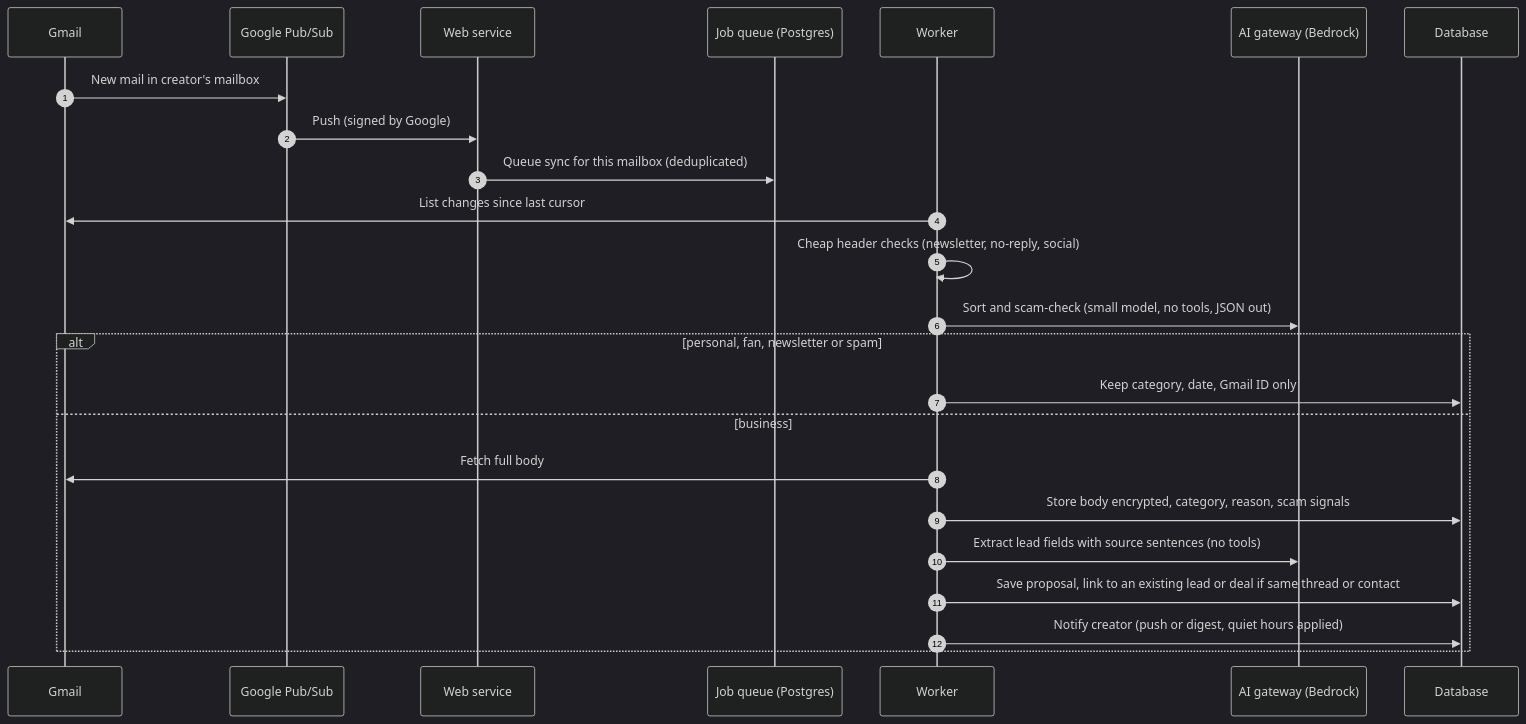
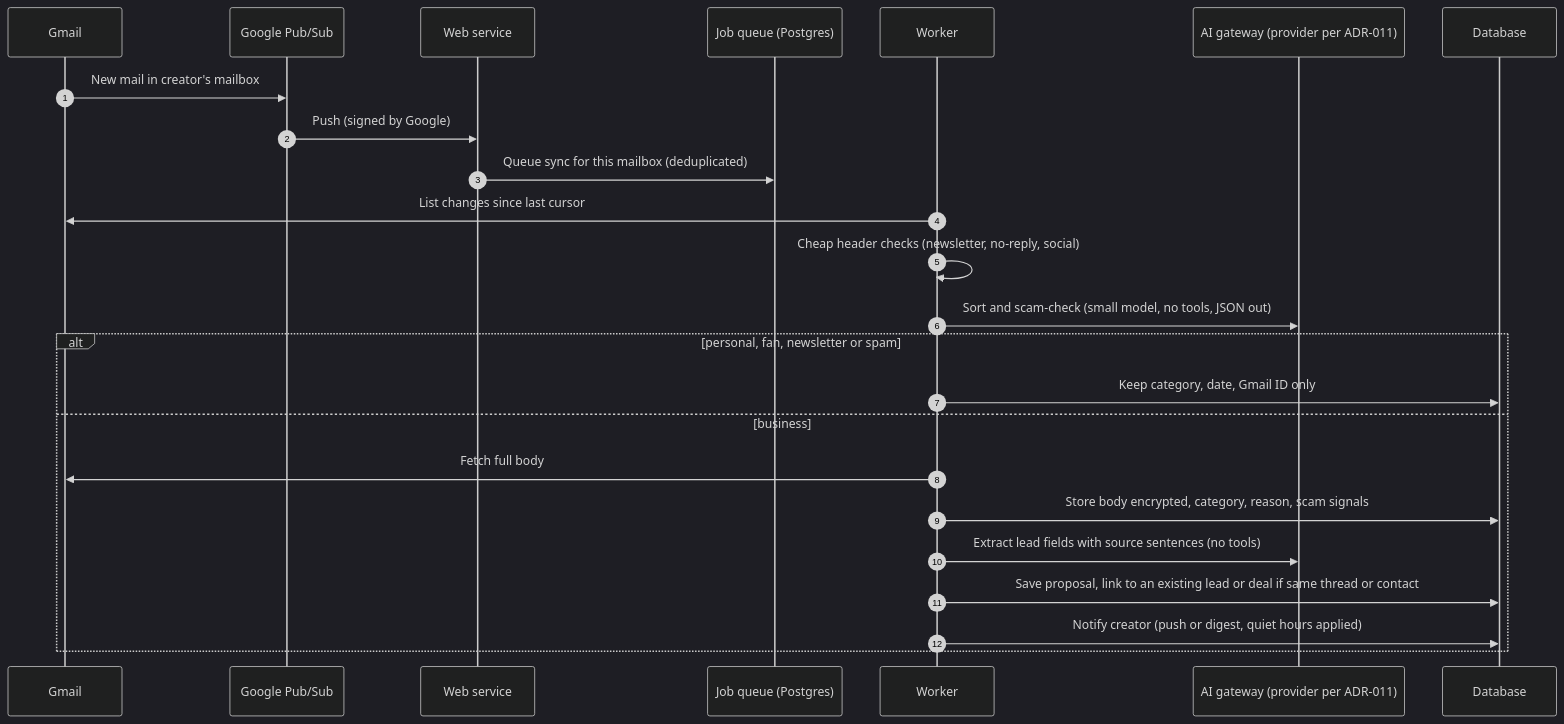
Before and after one commit to Reeju/backstage-hq: the eighth of 9 diagrams in docs/03-architecture/architecture.md, drawn with Mermaid (dark theme). The commit also changed other lines of this file and 12 other files, not shown here.

First line of the commit message:
Architecture for CR-001: low-cost providers and swappable boundaries (C1–C13)

````diff
--- a/docs/03-architecture/architecture.md
+++ b/docs/03-architecture/architecture.md
@@ -961,26 +1087,26 @@
 ```mermaid
 sequenceDiagram
     autonumber
     participant G as Gmail
     participant P as Google Pub/Sub
     participant W as Web service
     participant Q as Job queue (Postgres)
     participant K as Worker
-    participant A as AI gateway (Bedrock)
+    participant A as AI gateway (provider per ADR-011)
     participant D as Database
     G->>P: New mail in creator's mailbox
     P->>W: Push (signed by Google)
     W->>Q: Queue sync for this mailbox (deduplicated)
     K->>G: List changes since last cursor
     K->>K: Cheap header checks (newsletter, no-reply, social)
     K->>A: Sort and scam-check (small model, no tools, JSON out)
     alt personal, fan, newsletter or spam
         K->>D: Keep category, date, Gmail ID only
     else business
         K->>G: Fetch full body
         K->>D: Store body encrypted, category, reason, scam signals
         K->>A: Extract lead fields with source sentences (no tools)
         K->>D: Save proposal, link to an existing lead or deal if same thread or contact
         K->>D: Notify creator (push or digest, quiet hours applied)
     end
 ```
````
